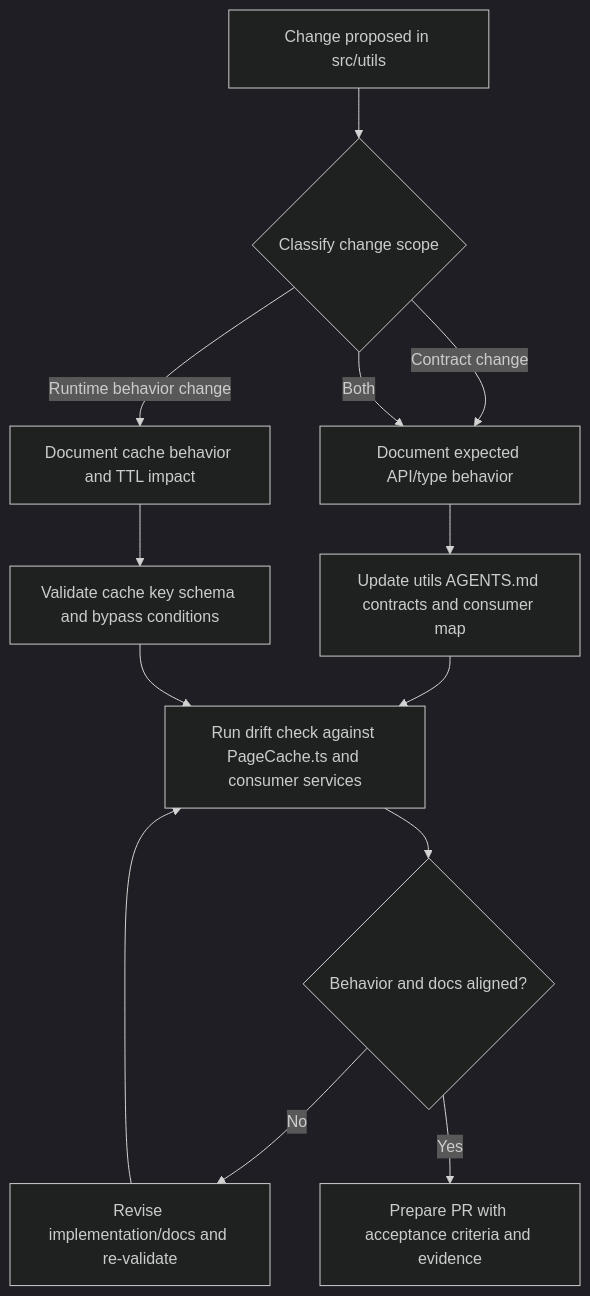
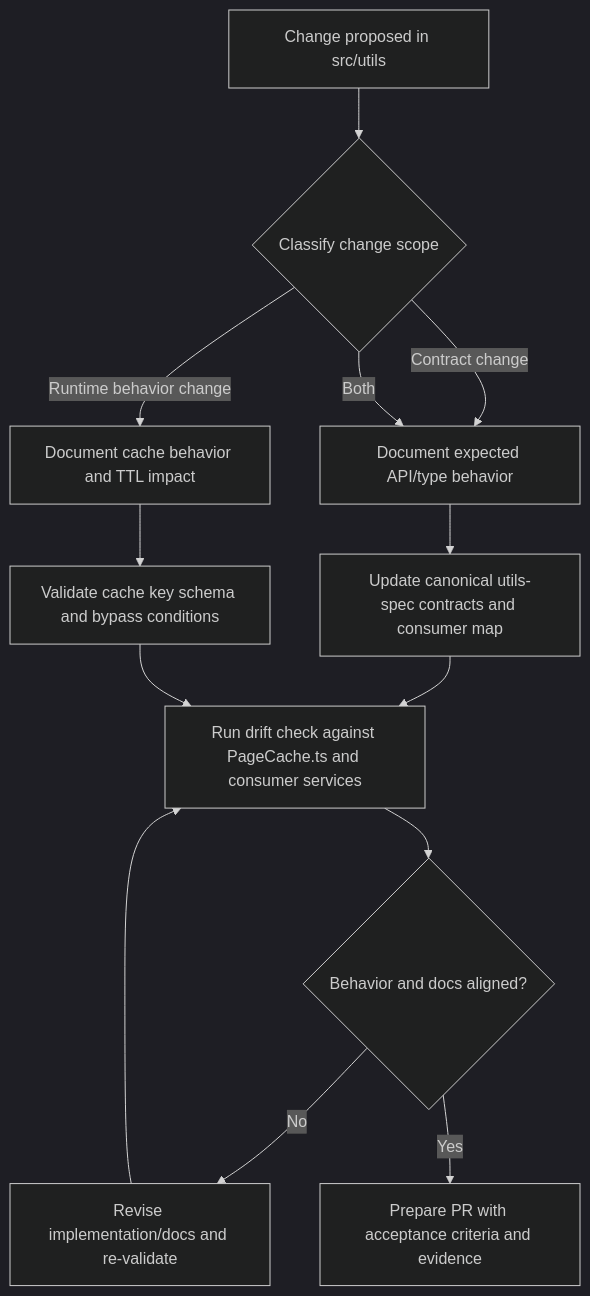
Before and after one commit to webex/webex-js-sdk: the sixth of 6 diagrams in packages/@webex/contact-center/src/utils/ai-docs/utils-spec.md, drawn with Mermaid (dark theme). The commit also changed other lines of this file and 10 other files, not shown here.

````diff
--- a/packages/@webex/contact-center/src/utils/ai-docs/utils-spec.md
+++ b/packages/@webex/contact-center/src/utils/ai-docs/utils-spec.md
@@ -326,15 +344,15 @@
 ```mermaid
 flowchart TD
   A[Change proposed in src/utils] --> B{Classify change scope}
   B -->|Contract change| C[Document expected API/type behavior]
   B -->|Runtime behavior change| D[Document cache behavior and TTL impact]
   B -->|Both| C
-  C --> E[Update utils AGENTS.md contracts and consumer map]
+  C --> E[Update canonical utils-spec contracts and consumer map]
   D --> F[Validate cache key schema and bypass conditions]
   E --> G[Run drift check against PageCache.ts and consumer services]
   F --> G
   G --> H{Behavior and docs aligned?}
   H -->|No| I[Revise implementation/docs and re-validate]
   I --> G
   H -->|Yes| J[Prepare PR with acceptance criteria and evidence]
 ```
````
